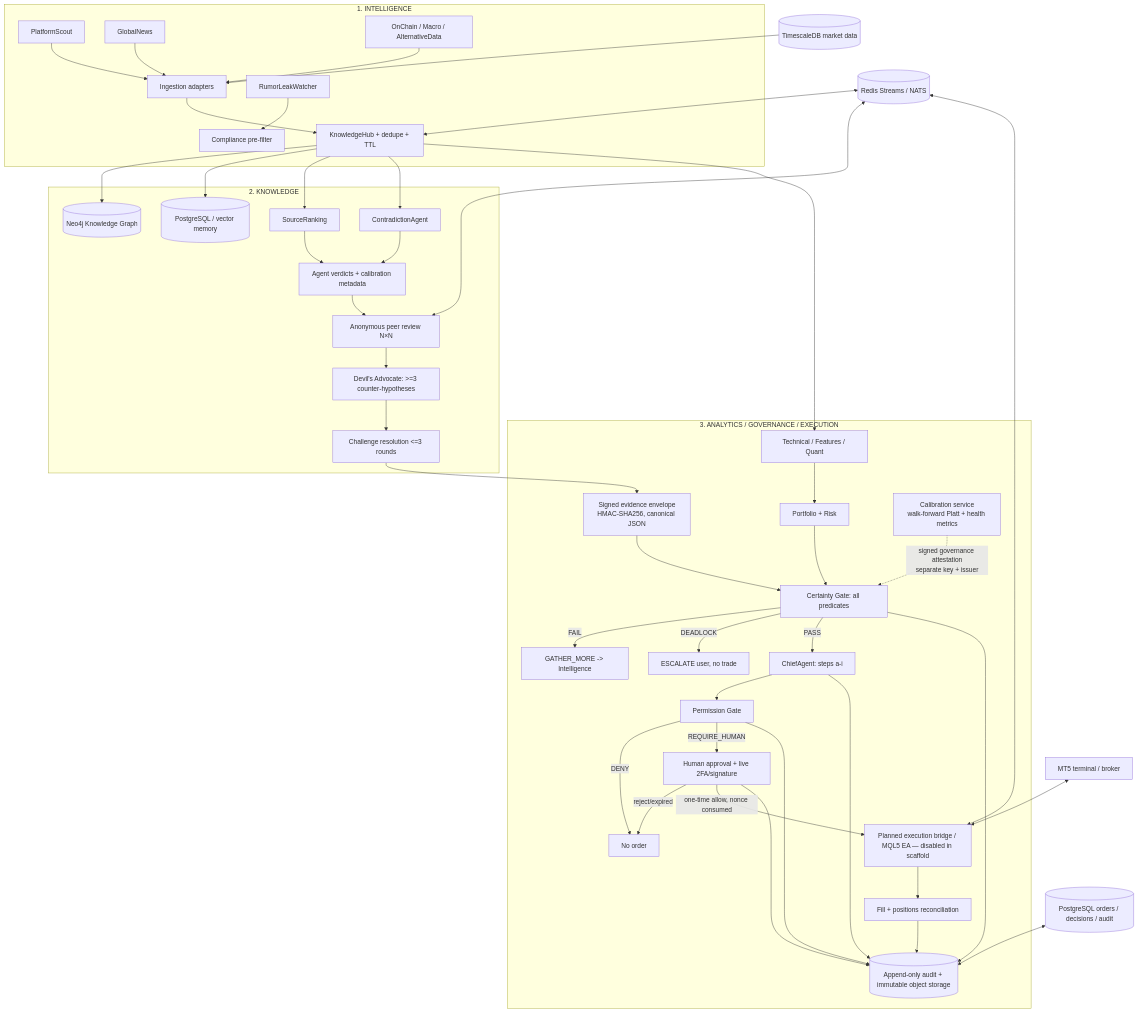
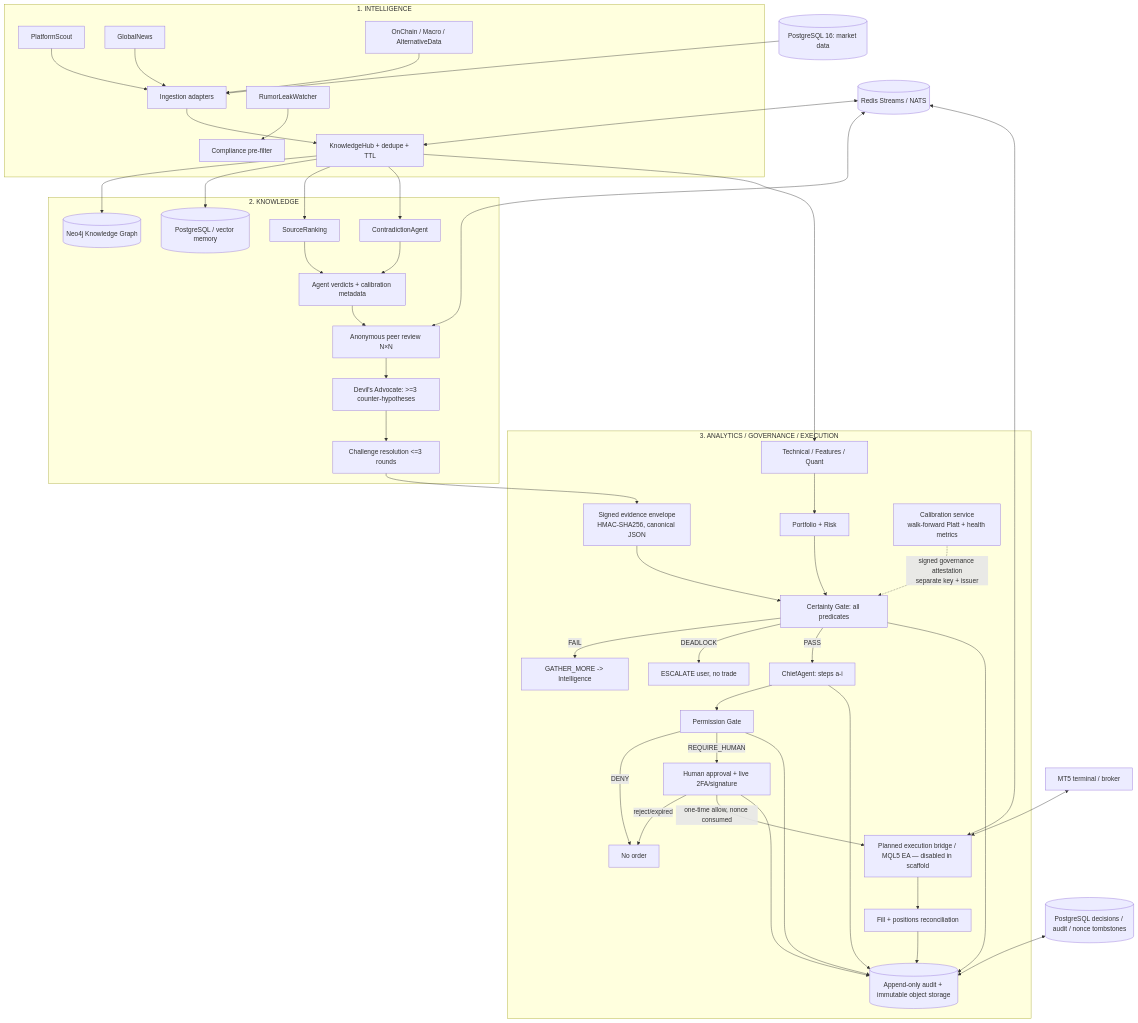
One commit to paulafanasyev/mt5-critical-consensus changed the diagram in docs/architecture.md. Above: the diagram before and after it, drawn with Mermaid. The commit also changed other lines of this file and 9 other files, not shown here.

````diff
--- a/docs/architecture.md
+++ b/docs/architecture.md
@@ -3,49 +3,49 @@
 ```mermaid
 flowchart TB
   subgraph I[1. INTELLIGENCE]
     PS[PlatformScout] --> ING[Ingestion adapters]
     GN[GlobalNews] --> ING
     RL[RumorLeakWatcher] --> COMP[Compliance pre-filter]
     OC[OnChain / Macro / AlternativeData] --> ING
     ING --> HUB[KnowledgeHub + dedupe + TTL]
   end
   subgraph K[2. KNOWLEDGE]
     HUB --> KG[(Neo4j Knowledge Graph)]
     HUB --> MEM[(PostgreSQL / vector memory)]
     HUB --> SR[SourceRanking]
     HUB --> CT[ContradictionAgent]
     SR --> VER[Agent verdicts + calibration metadata]
     CT --> VER
     VER --> PR[Anonymous peer review N×N]
     PR --> DA[Devil's Advocate: >=3 counter-hypotheses]
     DA --> CR[Challenge resolution <=3 rounds]
   end
   subgraph A[3. ANALYTICS / GOVERNANCE / EXECUTION]
     HUB --> TA[Technical / Features / Quant]
     TA --> RM[Portfolio + Risk]
     CR --> EV[Signed evidence envelope<br/>HMAC-SHA256, canonical JSON]
     EV --> CG[Certainty Gate: all predicates]
     CAL[Calibration service<br/>walk-forward Platt + health metrics] -.->|signed governance attestation<br/>separate key + issuer| CG
     RM --> CG
     CG -->|FAIL| GM[GATHER_MORE -> Intelligence]
     CG -->|DEADLOCK| ESC[ESCALATE user, no trade]
     CG -->|PASS| CH[ChiefAgent: steps a-i]
     CH --> PG[Permission Gate]
     PG -->|DENY| STOP[No order]
     PG -->|REQUIRE_HUMAN| UA[Human approval + live 2FA/signature]
     UA -->|reject/expired| STOP
     UA -->|one-time allow, nonce consumed| EX[Planned execution bridge / MQL5 EA — disabled in scaffold]
     EX --> RECON[Fill + positions reconciliation]
     RECON --> AUD[(Append-only audit + immutable object storage)]
     CG --> AUD
     CH --> AUD
     PG --> AUD
     UA --> AUD
   end
   BUS[(Redis Streams / NATS)] <--> HUB
   BUS <--> PR
   BUS <--> EX
-  TS[(TimescaleDB market data)] --> ING
-  PGDB[(PostgreSQL orders / decisions / audit)] <--> AUD
+  TS[(PostgreSQL 16: market data)] --> ING
+  PGDB[(PostgreSQL decisions / audit / nonce tombstones)] <--> AUD
   MT5[MT5 terminal / broker] <--> EX
 ```
````
